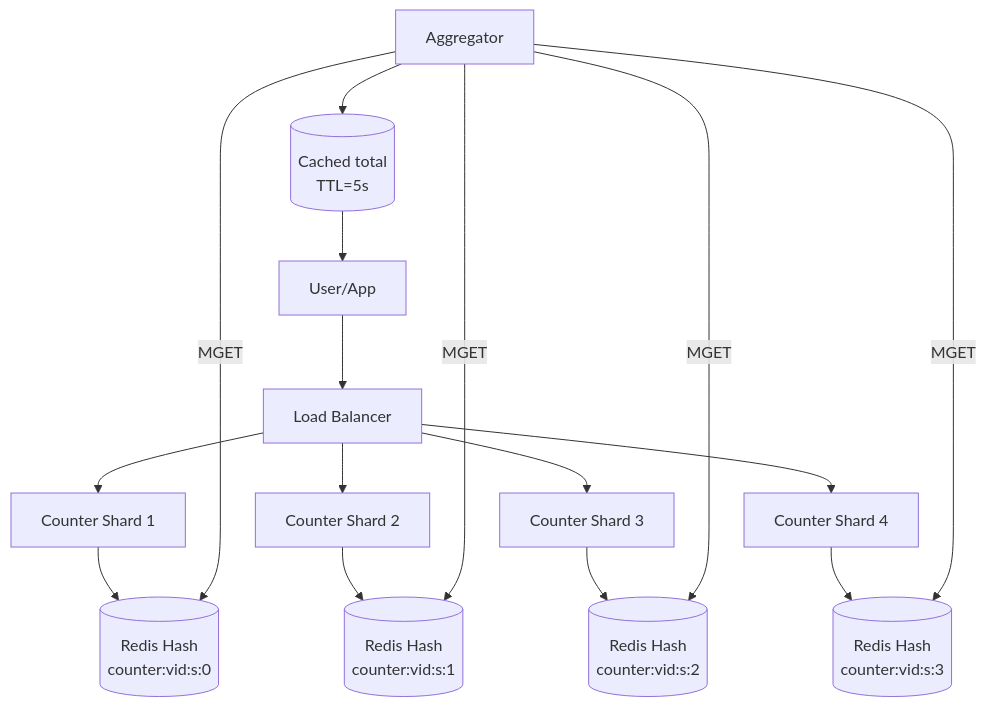
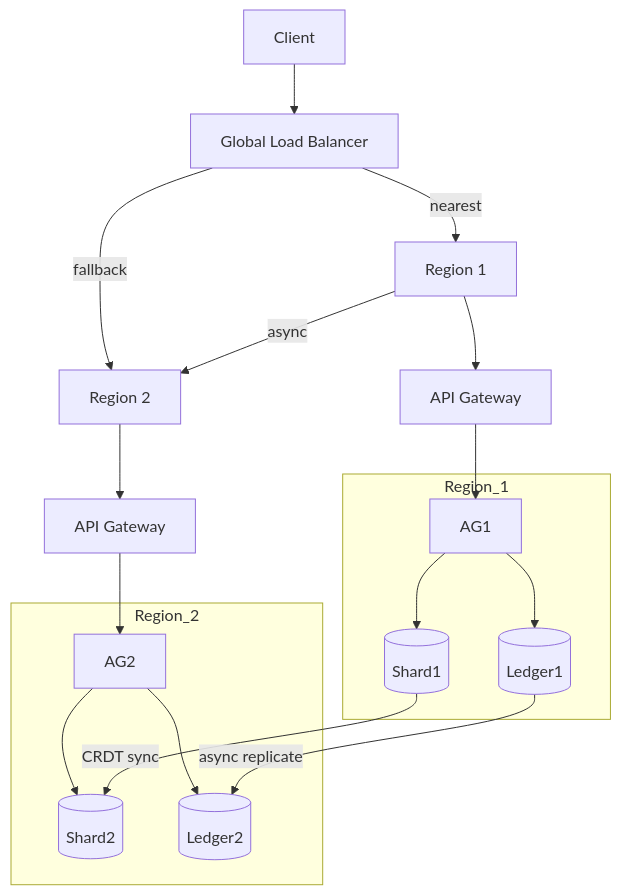
Before and after one commit to abhishekghoshh/system-design-helper: the eighth of 15 diagrams in docs/system-design/high-level/designing/advanced/distributed-counter.md, drawn with Mermaid. The commit also changed other lines of this file and 107 other files, not shown here.

````diff
--- a/docs/system-design/high-level/designing/advanced/distributed-counter.md
+++ b/docs/system-design/high-level/designing/advanced/distributed-counter.md
@@ -363,18 +730,27 @@
 ```mermaid
-flowchart TB
-    U[User/App] --> LB[Load Balancer]
-    LB --> S1[Counter Shard 1]
-    LB --> S2[Counter Shard 2]
-    LB --> S3[Counter Shard 3]
-    LB --> S4[Counter Shard 4]
-    S1 --> SH1[(Redis Hash<br/>counter:vid:s:0)]
-    S2 --> SH2[(Redis Hash<br/>counter:vid:s:1)]
-    S3 --> SH3[(Redis Hash<br/>counter:vid:s:2)]
-    S4 --> SH4[(Redis Hash<br/>counter:vid:s:3)]
-    AG[Aggregator] -->|MGET| SH1
-    AG -->|MGET| SH2
-    AG -->|MGET| SH3
-    AG -->|MGET| SH4
-    AG --> CACHE[(Cached total<br/>TTL=5s)]
-    CACHE --> U
+graph TD
+    C[Client] --> LB[Global Load Balancer]
+    LB -->|nearest| R1[Region 1]
+    LB -->|fallback| R2[Region 2]
+    R1 -->|async| R2
+    subgraph Region_1
+        R1A[AG1]
+        R1S[(Shard1)]
+        R1D[(Ledger1)]
+    end
+    subgraph Region_2
+        R2A[AG2]
+        R2S[(Shard2)]
+        R2D[(Ledger2)]
+    end
+    R1 --> API1[API Gateway]
+    R2 --> API2[API Gateway]
+    API1 --> R1A
+    API2 --> R2A
+    R1A --> R1S
+    R1A --> R1D
+    R2A --> R2S
+    R2A --> R2D
+    R1S -->|CRDT sync| R2S
+    R1D -->|async replicate| R2D
 ```
````
